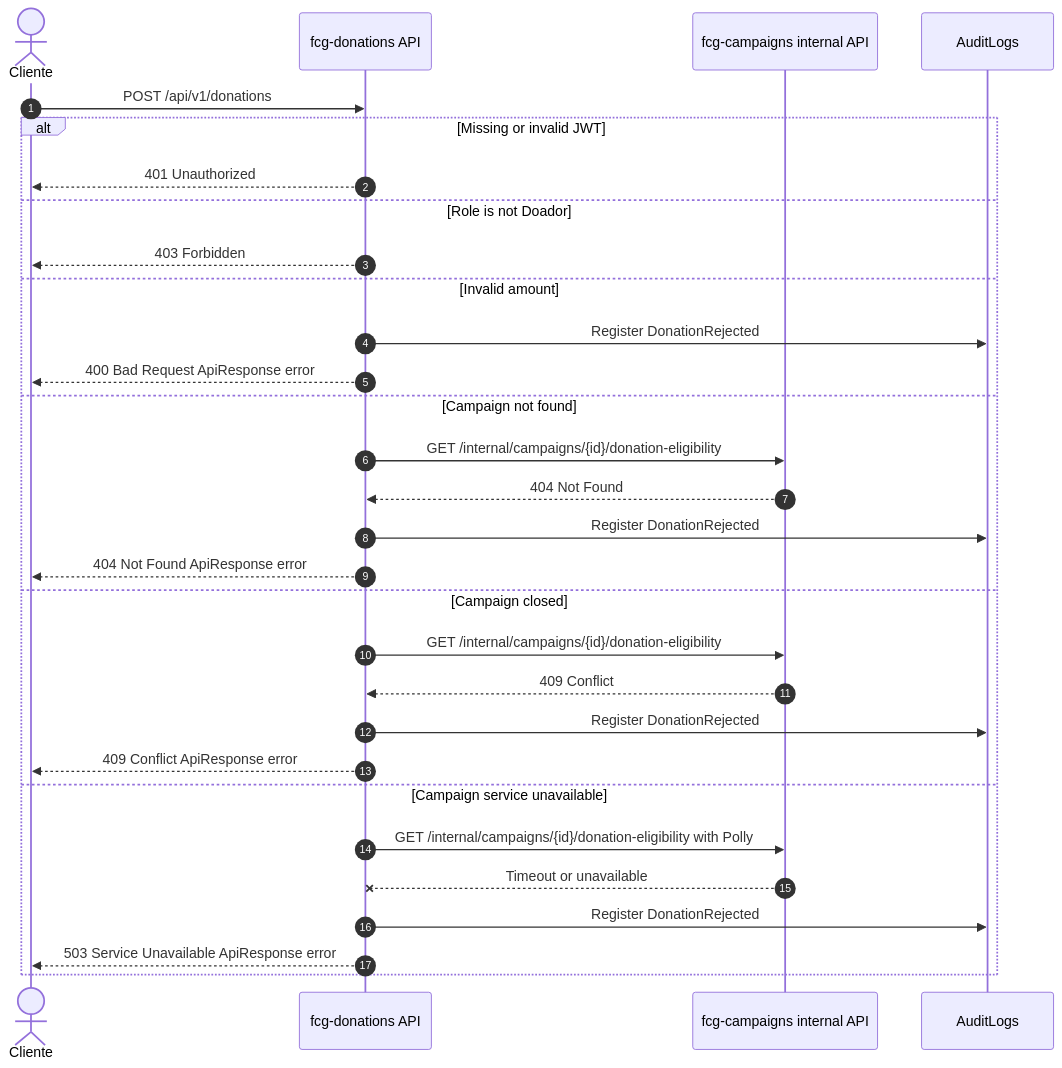
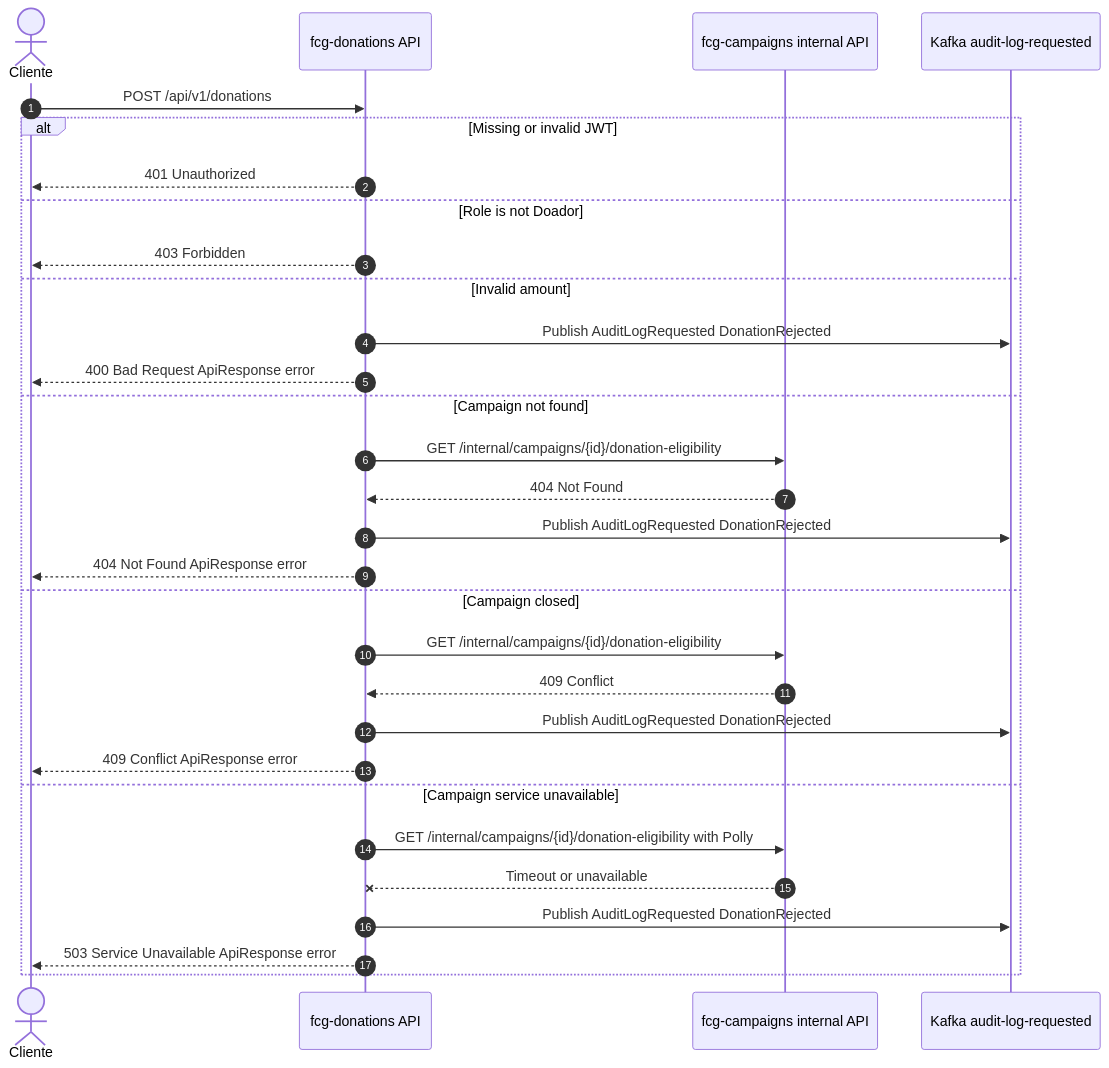
Before and after one commit to group10-tc-01/fcs-fase05-docs: diagram 21 of 30 in architecture/endpoint-flows.md, drawn with Mermaid. The commit also changed other lines of this file and 15 other files, not shown here.

````diff
--- a/architecture/endpoint-flows.md
+++ b/architecture/endpoint-flows.md
@@ -428,33 +428,33 @@
 ```mermaid
 sequenceDiagram
     autonumber
     actor Client as Cliente
     participant DonationsApi as fcg-donations API
     participant CampaignsApi as fcg-campaigns internal API
-    participant Audit as AuditLogs
+    participant AuditKafka as Kafka audit-log-requested
 
     Client->>DonationsApi: POST /api/v1/donations
     alt Missing or invalid JWT
         DonationsApi-->>Client: 401 Unauthorized
     else Role is not Doador
         DonationsApi-->>Client: 403 Forbidden
     else Invalid amount
-        DonationsApi->>Audit: Register DonationRejected
+        DonationsApi->>AuditKafka: Publish AuditLogRequested DonationRejected
         DonationsApi-->>Client: 400 Bad Request ApiResponse error
     else Campaign not found
         DonationsApi->>CampaignsApi: GET /internal/campaigns/{id}/donation-eligibility
         CampaignsApi-->>DonationsApi: 404 Not Found
-        DonationsApi->>Audit: Register DonationRejected
+        DonationsApi->>AuditKafka: Publish AuditLogRequested DonationRejected
         DonationsApi-->>Client: 404 Not Found ApiResponse error
     else Campaign closed
         DonationsApi->>CampaignsApi: GET /internal/campaigns/{id}/donation-eligibility
         CampaignsApi-->>DonationsApi: 409 Conflict
-        DonationsApi->>Audit: Register DonationRejected
+        DonationsApi->>AuditKafka: Publish AuditLogRequested DonationRejected
         DonationsApi-->>Client: 409 Conflict ApiResponse error
     else Campaign service unavailable
         DonationsApi->>CampaignsApi: GET /internal/campaigns/{id}/donation-eligibility with Polly
         CampaignsApi--x DonationsApi: Timeout or unavailable
-        DonationsApi->>Audit: Register DonationRejected
+        DonationsApi->>AuditKafka: Publish AuditLogRequested DonationRejected
         DonationsApi-->>Client: 503 Service Unavailable ApiResponse error
     end
 ```
````
